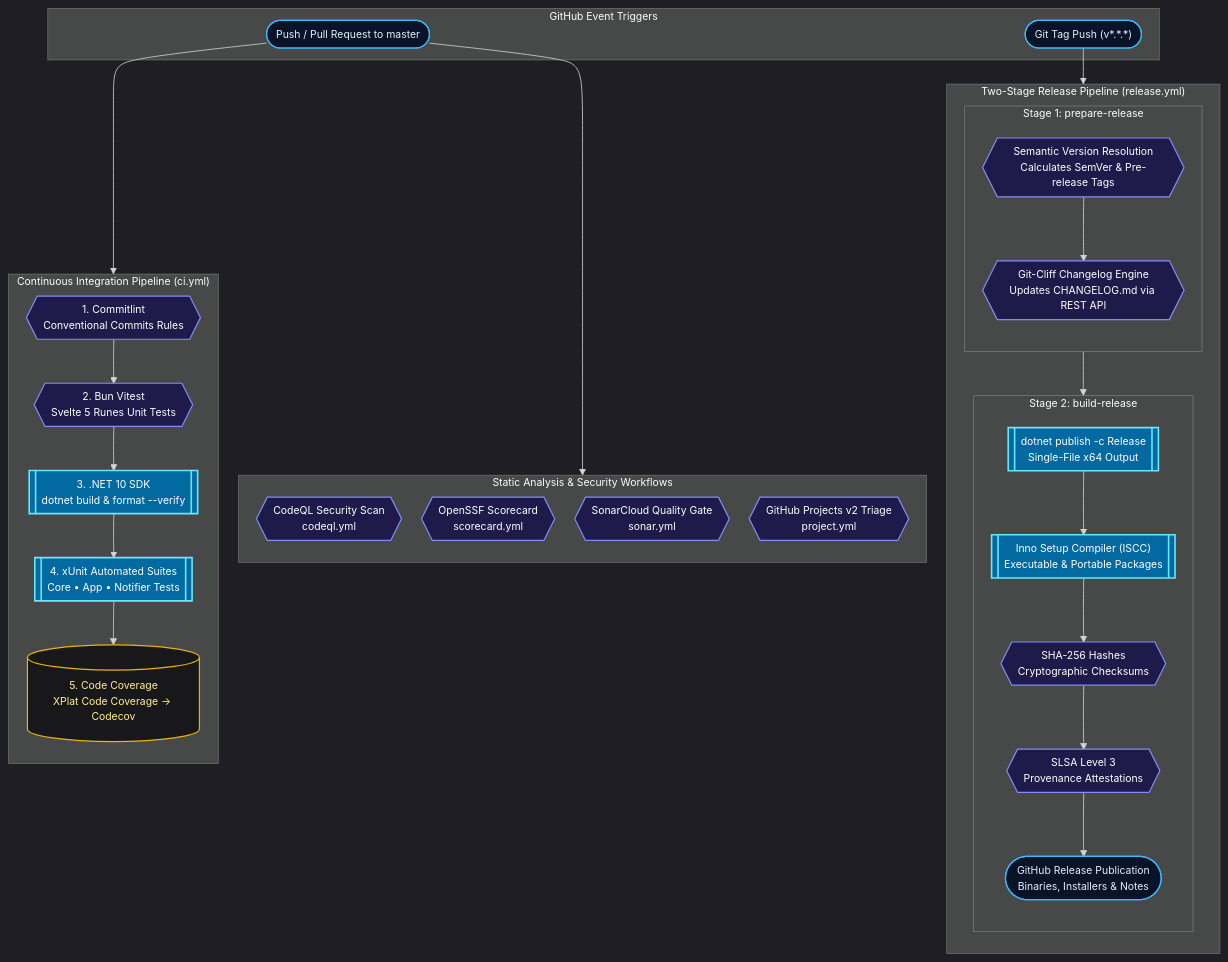
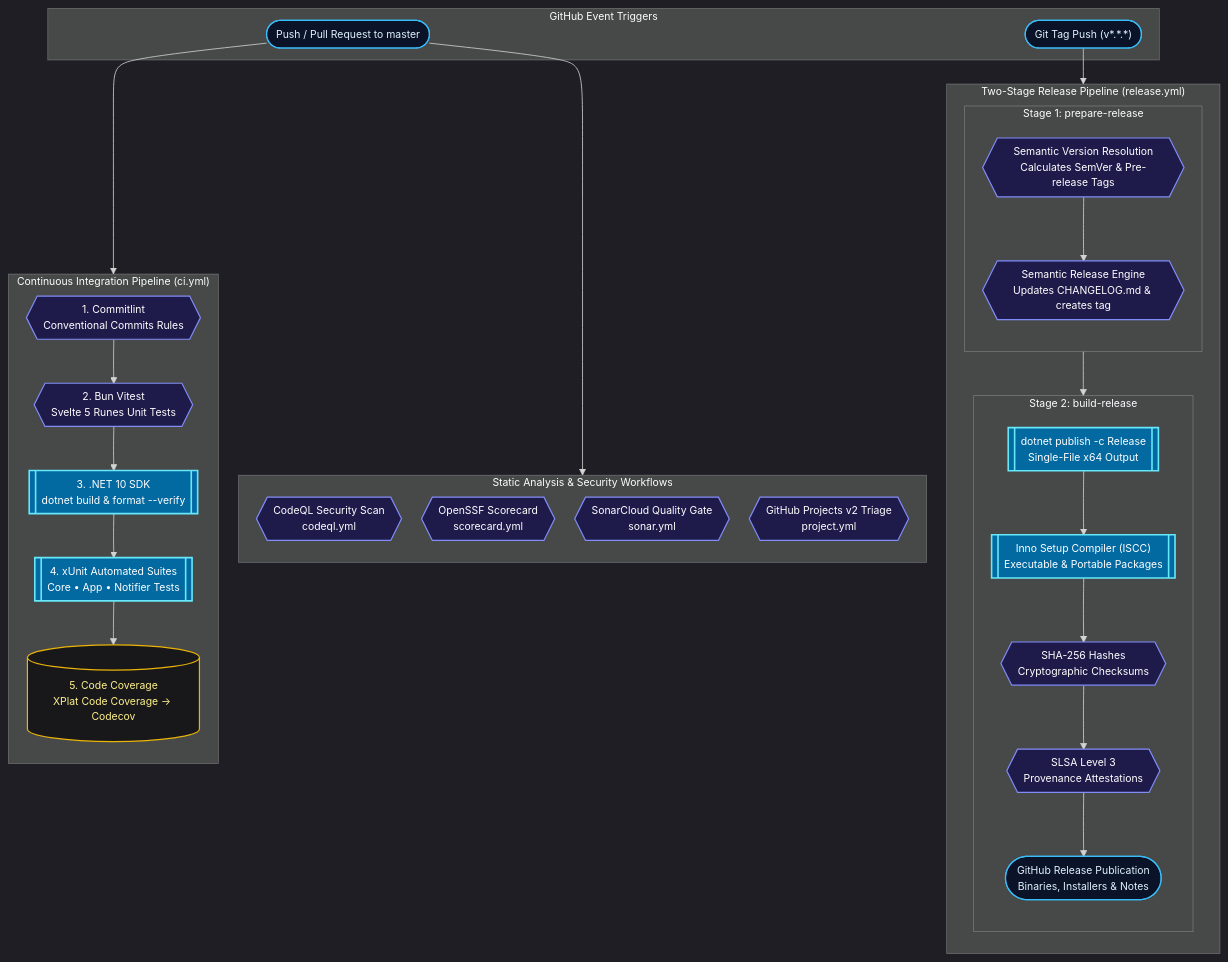
Before and after one commit to Nicconike/LocalTelemetry: the diagram in docs/latest/developer-guide/ci-cd.md, drawn with Mermaid. The commit also changed other lines of this file and 16 other files, not shown here.

Commit message:
ci(release): migrate release pipeline to semantic-release

````diff
--- a/docs/latest/developer-guide/ci-cd.md
+++ b/docs/latest/developer-guide/ci-cd.md
@@ -22,69 +22,69 @@
 ```mermaid
 %%{init: {'theme': 'dark', 'themeVariables': {'fontSize': '13px'}, 'flowchart': {'nodeSpacing': 25, 'rankSpacing': 30, 'curve': 'basis'}}}%%
 flowchart TD
     subgraph Triggers["GitHub Event Triggers"]
         PushPR(["Push / Pull Request to master"])
         ReleaseTag(["Git Tag Push (v*.*.*)"])
     end
 
     subgraph CI["Continuous Integration Pipeline (ci.yml)"]
         direction TB
         Commitlint{{"1. Commitlint<br/>Conventional Commits Rules"}}
         FrontendTest{{"2. Bun Vitest<br/>Svelte 5 Runes Unit Tests"}}
         DotNetBuild[["3. .NET 10 SDK<br/>dotnet build & format --verify"]]
         DotNetTest[["4. xUnit Automated Suites<br/>Core • App • Notifier Tests"]]
         Coverage[("5. Code Coverage<br/>XPlat Code Coverage -> Codecov")]
 
         Commitlint --> FrontendTest
         FrontendTest --> DotNetBuild
         DotNetBuild --> DotNetTest
         DotNetTest --> Coverage
     end
 
     subgraph QualitySec["Static Analysis & Security Workflows"]
         direction TB
         CodeQL{{"CodeQL Security Scan<br/>codeql.yml"}}
         Scorecard{{"OpenSSF Scorecard<br/>scorecard.yml"}}
         Sonar{{"SonarCloud Quality Gate<br/>sonar.yml"}}
         ProjectTriage{{"GitHub Projects v2 Triage<br/>project.yml"}}
     end
 
     subgraph Release["Two-Stage Release Pipeline (release.yml)"]
         direction TB
         subgraph Stage1["Stage 1: prepare-release"]
             direction TB
             TagGen{{"Semantic Version Resolution<br/>Calculates SemVer & Pre-release Tags"}}
-            ChangelogGen{{"Git-Cliff Changelog Engine<br/>Updates CHANGELOG.md via REST API"}}
+            ChangelogGen{{"Semantic Release Engine<br/>Updates CHANGELOG.md & creates tag"}}
         end
 
         subgraph Stage2["Stage 2: build-release"]
             direction TB
             DotNetPublish[["dotnet publish -c Release<br/>Single-File x64 Output"]]
             InnoSetup[["Inno Setup Compiler (ISCC)<br/>Executable & Portable Packages"]]
             Checksums{{"SHA-256 Hashes<br/>Cryptographic Checksums"}}
             Slsa{{"SLSA Level 3<br/>Provenance Attestations"}}
             GitHubRelease(["GitHub Release Publication<br/>Binaries, Installers & Notes"])
         end
 
         TagGen --> ChangelogGen
         ChangelogGen --> DotNetPublish
         DotNetPublish --> InnoSetup
         InnoSetup --> Checksums
         Checksums --> Slsa
         Slsa --> GitHubRelease
     end
 
     PushPR --> CI
     PushPR --> QualitySec
     ReleaseTag --> Release
 
     class PushPR,ReleaseTag,GitHubRelease triggerNode
     class Commitlint,FrontendTest,CodeQL,Scorecard,Sonar,ProjectTriage,TagGen,ChangelogGen,Checksums,Slsa toolNode
     class DotNetBuild,DotNetTest,DotNetPublish,InnoSetup buildNode
     class Coverage dataNode
 
     classDef triggerNode fill:#0b1329,stroke:#38bdf8,stroke-width:1.5px,color:#e0f2fe
     classDef toolNode fill:#1e1b4b,stroke:#818cf8,stroke-width:1.5px,color:#ffffff
     classDef buildNode fill:#0369a1,stroke:#67e8f9,stroke-width:2px,color:#ffffff
     classDef dataNode fill:#18181b,stroke:#eab308,stroke-width:1.5px,color:#fef08a
 ```
````
